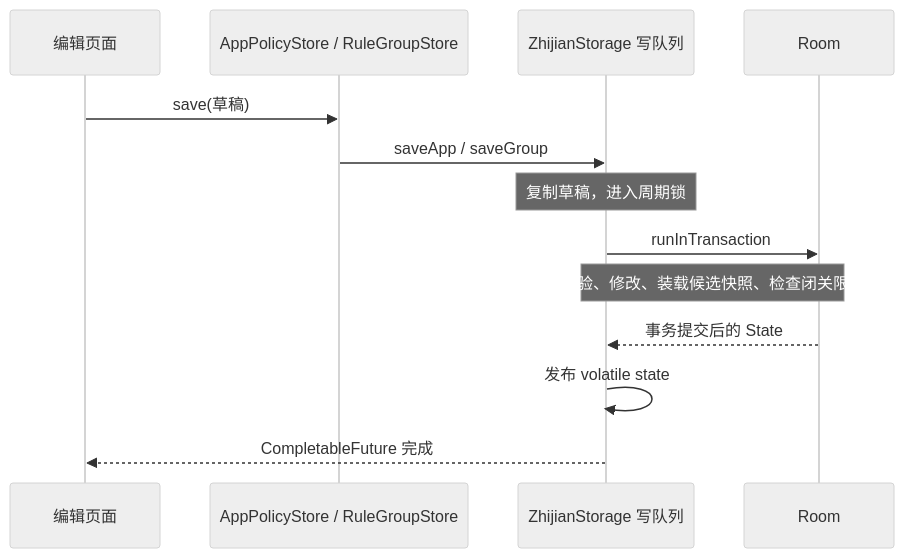
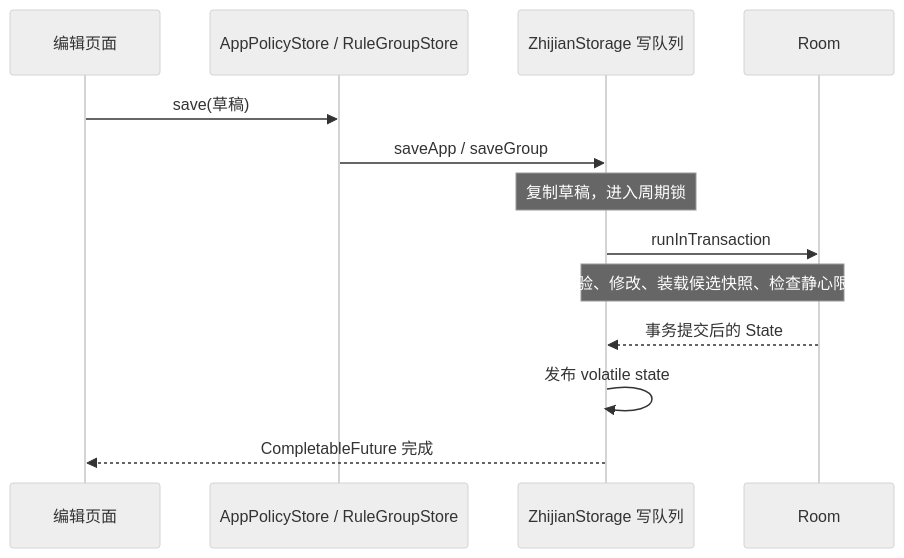
Before and after one commit to vhoom/zhijian: the second of 3 diagrams in docs/architecture/模块依赖.md, drawn with Mermaid (neutral theme). The commit also changed other lines of this file and 18 other files, not shown here.

````diff
--- a/docs/architecture/模块依赖.md
+++ b/docs/architecture/模块依赖.md
@@ -85,15 +85,15 @@
 ```mermaid
 sequenceDiagram
     participant UI as 编辑页面
     participant Store as AppPolicyStore / RuleGroupStore
     participant Storage as ZhijianStorage 写队列
     participant DB as Room
     UI->>Store: save(草稿)
     Store->>Storage: saveApp / saveGroup
     Note over Storage: 复制草稿，进入周期锁
     Storage->>DB: runInTransaction
-    Note over Storage,DB: 校验、修改、装载候选快照、检查闭关限制
+    Note over Storage,DB: 校验、修改、装载候选快照、检查静心限制
     DB-->>Storage: 事务提交后的 State
     Storage->>Storage: 发布 volatile state
     Storage-->>UI: CompletableFuture 完成
 ```
````
